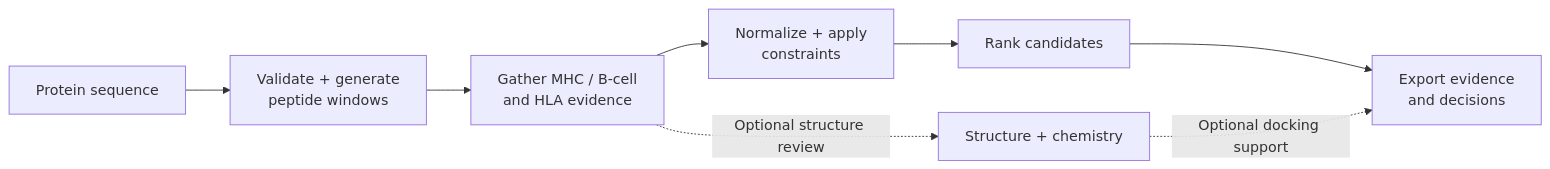
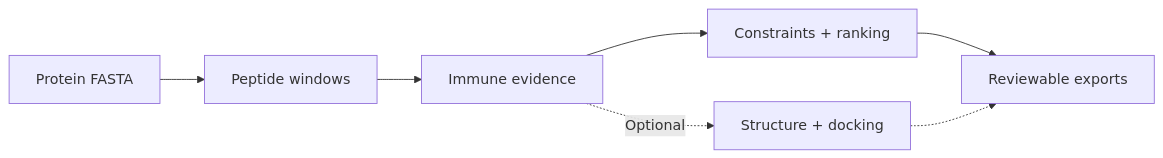
The second of 3 diagrams in README.md (Ajey95/immuno-graph), drawn with Mermaid before and after one commit. The commit also changed other lines of this file, not shown here.

Commit message:
docs: improve diagram legibility

````diff
--- a/README.md
+++ b/README.md
@@ -106,10 +104,9 @@
 ```mermaid
 flowchart LR
-    FASTA["Protein sequence"] --> V["Validate + generate<br/>peptide windows"]
-    V --> E["Gather MHC / B-cell<br/>and HLA evidence"]
-    E --> C["Normalize + apply<br/>constraints"]
-    C --> R["Rank candidates"]
-    R --> X["Export evidence<br/>and decisions"]
-    E -.->|Optional structure review| S["Structure + chemistry"]
-    S -.->|Optional docking support| X
+    FASTA["Protein FASTA"] --> V["Peptide windows"]
+    V --> E["Immune evidence"]
+    E --> R["Constraints + ranking"]
+    R --> X["Reviewable exports"]
+    E -.->|Optional| S["Structure + docking"]
+    S -.-> X
 ```
````
